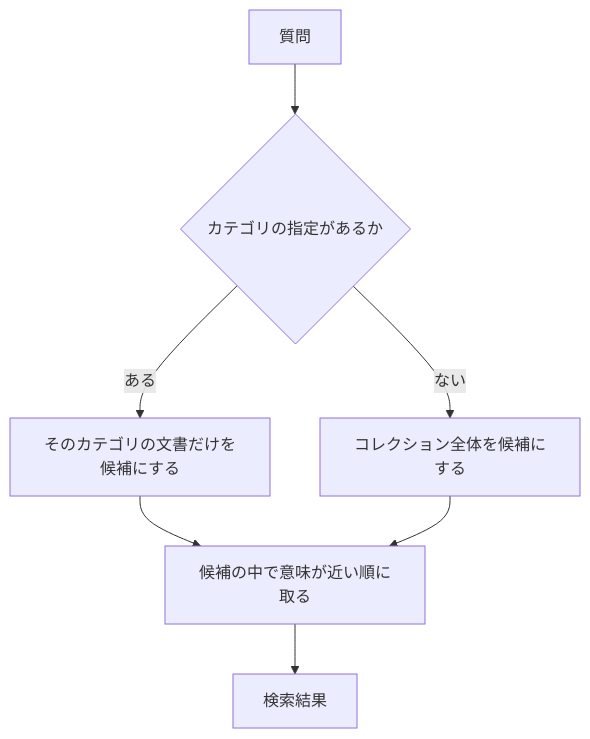
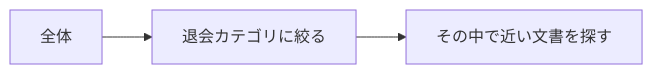
One commit to kouji0705/rag-study changed the diagram in books/cd019af39edb03/07-metadata-filter.md. Above: the diagram before and after it, drawn with Mermaid. The commit also changed other lines of this file and 11 other files, not shown here.

````diff
--- a/books/cd019af39edb03/07-metadata-filter.md
+++ b/books/cd019af39edb03/07-metadata-filter.md
@@ -40,9 +22,4 @@
 ```mermaid
-flowchart TD
-    Q["質問"] --> C{"カテゴリの指定があるか"}
-    C -->|ある| F["そのカテゴリの文書だけを候補にする"]
-    C -->|ない| A["コレクション全体を候補にする"]
-    F --> S["候補の中で意味が近い順に取る"]
-    A --> S
-    S --> R["検索結果"]
+flowchart LR
+    A["全体"] --> B["退会カテゴリに絞る"] --> C["その中で近い文書を探す"]
 ```
````
